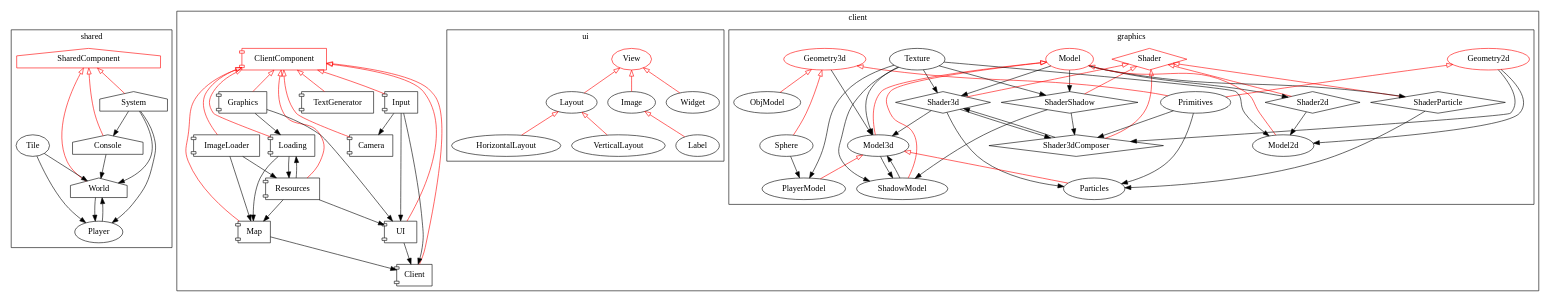
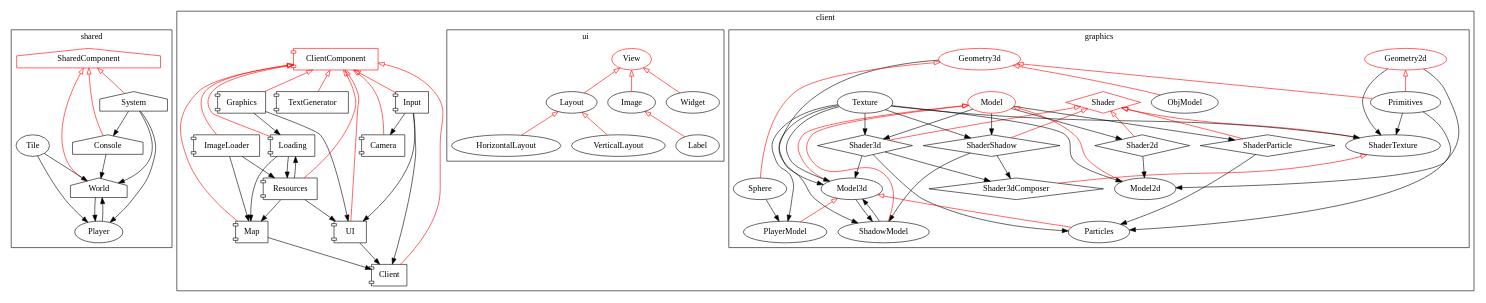
Before and after one commit to AsGreyWolf/Teeworlds3d: the diagram in graph.dot, drawn with Graphviz. The commit also changed 19 other files, not shown here.

Commit message:
Texture shader unit

```diff
--- a/graph.dot
+++ b/graph.dot
@@ -63,6 +63,7 @@
 			Shader [shape=diamond color=red];
 			Shader3d [shape=diamond];
 			Shader3dComposer [shape=diamond];
+			ShaderTexture;
 			ShaderShadow [shape=diamond];
 			Shader2d [shape=diamond];
 			ShaderParticle [shape=diamond];
@@ -82,7 +83,7 @@
 			Model->ShadowModel[color=red arrowhead=none arrowtail=empty dir=back];
 			Model->Model2d[color=red arrowhead=none arrowtail=empty dir=back];
 			Shader->Shader3d[color=red arrowhead=none arrowtail=empty dir=back];
-			Shader->Shader3dComposer[color=red arrowhead=none arrowtail=empty dir=back];
+			Shader->ShaderTexture->Shader3dComposer[color=red arrowhead=none arrowtail=empty dir=back];
 			Shader->ShaderShadow[color=red arrowhead=none arrowtail=empty dir=back];
 			Shader->ShaderParticle[color=red arrowhead=none arrowtail=empty dir=back];
 			Shader->Shader2d[color=red arrowhead=none arrowtail=empty dir=back];
@@ -103,7 +104,6 @@
 			Sphere->PlayerModel;
 			Model->Shader3d;
 			Texture->Shader3d;
-			Shader3dComposer->Shader3d;
 			Model->Shader2d;
 			Texture->ShaderShadow;
 			Model->ShaderShadow;
@@ -116,8 +116,9 @@
 			Primitives->Particles;
 			Shader3d->Shader3dComposer;
 			ShaderShadow->Shader3dComposer;
-			Geometry2d->Shader3dComposer;
-			Primitives->Shader3dComposer;
+			Geometry2d->ShaderTexture;
+			Primitives->ShaderTexture;
+			Texture->ShaderTexture;
 	 	}
 	 	/*
 		Graphics->Model3d;
```
